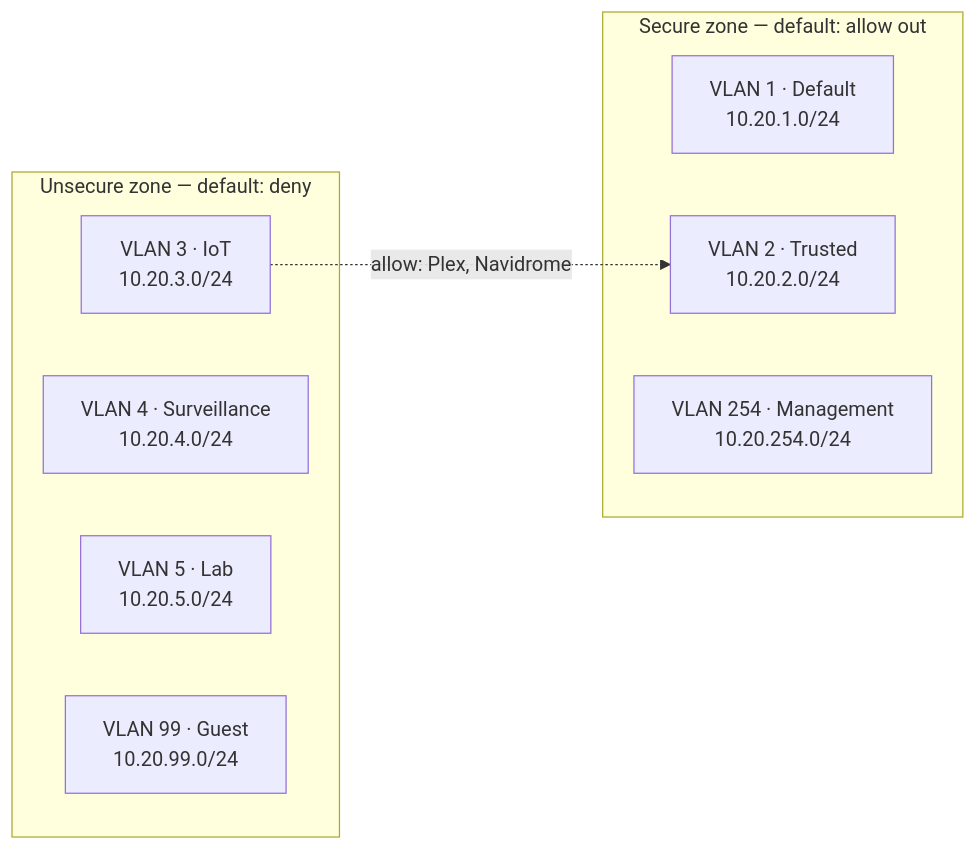
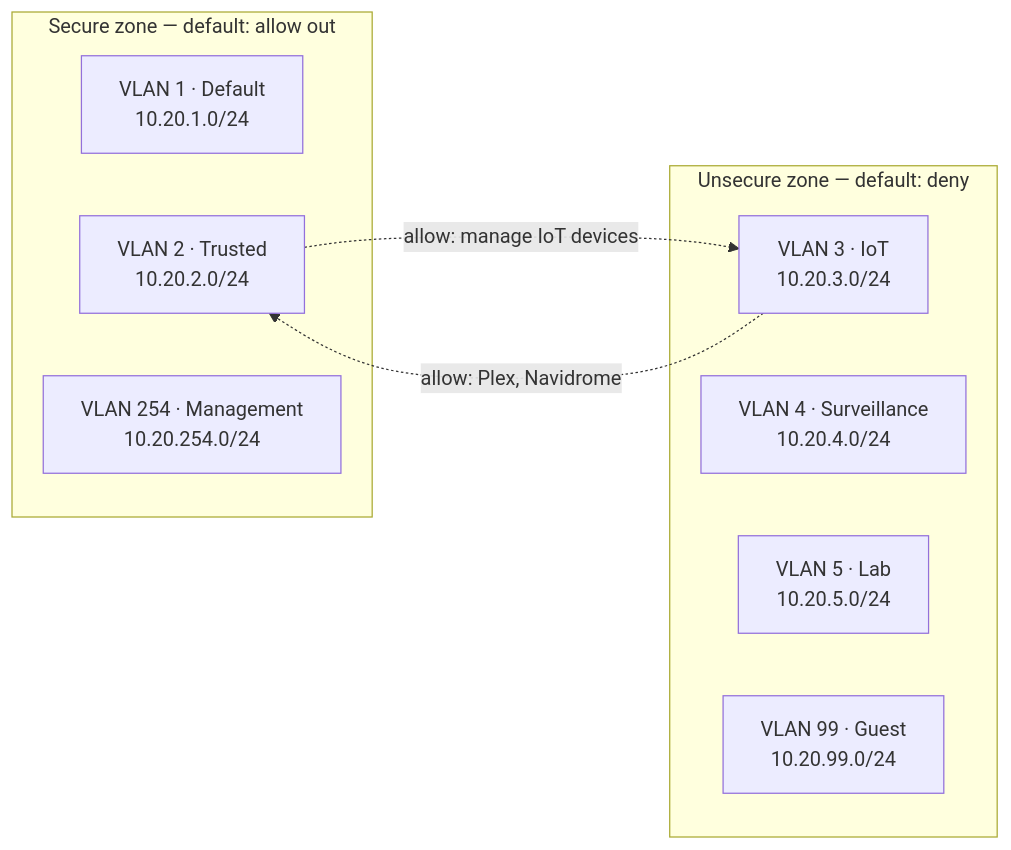
The diagram in docs/posts/2026-07-15-homelab-network-architecture.md (rubot99/blog.rubot.v2), drawn with Mermaid before and after one commit. The commit also changed other lines of this file and 1 other file, not shown here.

````diff
--- a/docs/posts/2026-07-15-homelab-network-architecture.md
+++ b/docs/posts/2026-07-15-homelab-network-architecture.md
@@ -51,17 +51,18 @@
 ```mermaid
 flowchart LR
     subgraph secure["Secure zone — default: allow out"]
         default["VLAN 1 · Default<br/>10.20.1.0/24"]
         trusted["VLAN 2 · Trusted<br/>10.20.2.0/24"]
         mgmt["VLAN 254 · Management<br/>10.20.254.0/24"]
     end
 
     subgraph unsecure["Unsecure zone — default: deny"]
         iot["VLAN 3 · IoT<br/>10.20.3.0/24"]
         cctv["VLAN 4 · Surveillance<br/>10.20.4.0/24"]
         lab["VLAN 5 · Lab<br/>10.20.5.0/24"]
         guest["VLAN 99 · Guest<br/>10.20.99.0/24"]
     end
 
     iot -. "allow: Plex, Navidrome" .-> trusted
+    trusted -. "allow: manage IoT devices" .-> iot
 ```
````
